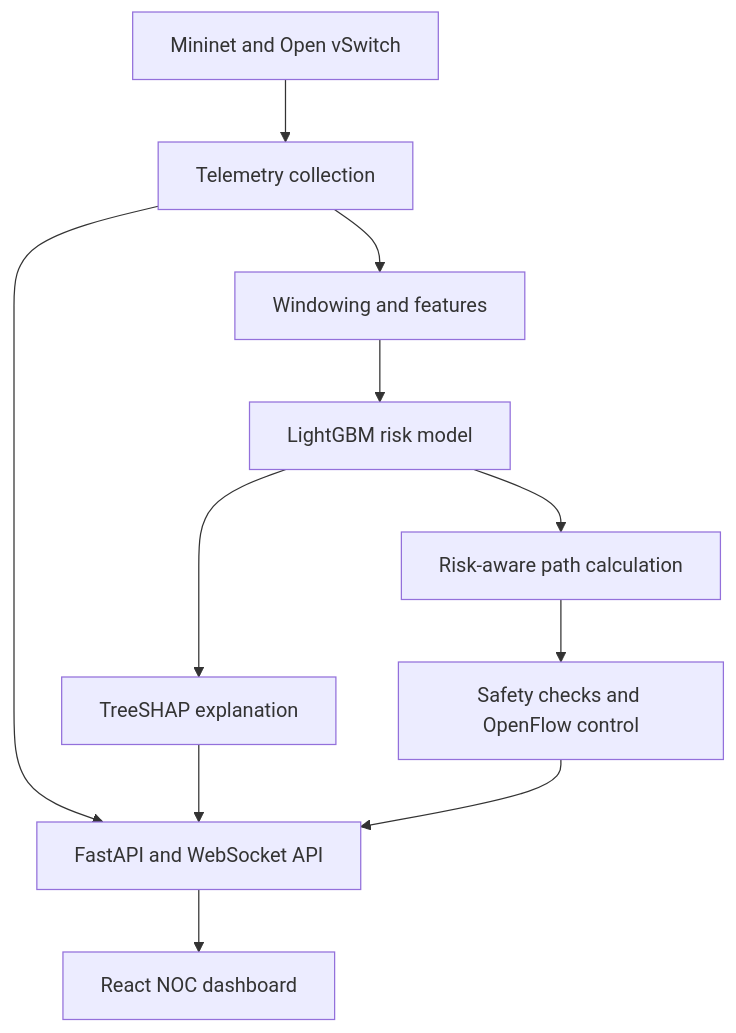
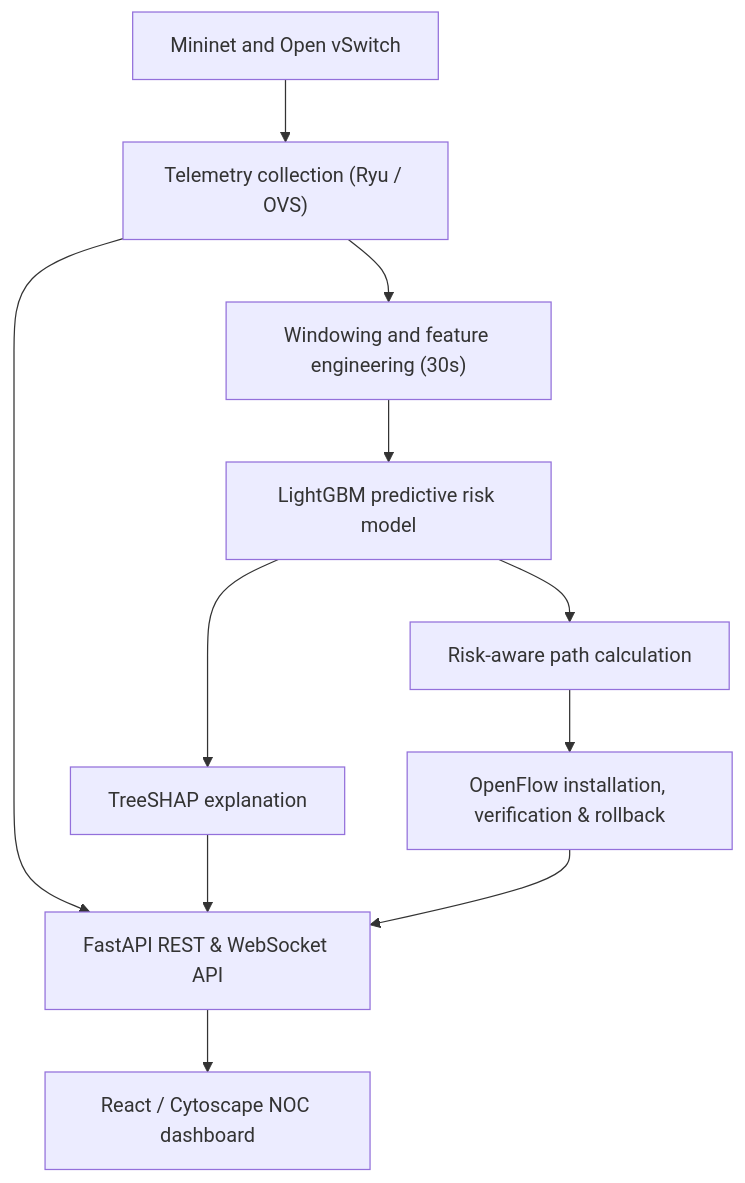
One commit to anushka06onu/ResiliNet changed the diagram in README.md. Above: the diagram before and after it, drawn with Mermaid. The commit also changed other lines of this file and 1 other file, not shown here.

Commit message:
Update link metrics schemas, link capacity source, and update README structure and documentation

````diff
--- a/README.md
+++ b/README.md
@@ -32,13 +32,13 @@
 ```mermaid
 flowchart TD
-    A["Mininet and Open vSwitch"] --> B["Telemetry collection"]
-    B --> C["Windowing and features"]
-    C --> D["LightGBM risk model"]
+    A["Mininet and Open vSwitch"] --> B["Telemetry collection (Ryu / OVS)"]
+    B --> C["Windowing and feature engineering (30s)"]
+    C --> D["LightGBM predictive risk model"]
     D --> E["TreeSHAP explanation"]
     D --> F["Risk-aware path calculation"]
-    F --> G["Safety checks and OpenFlow control"]
-    B --> H["FastAPI and WebSocket API"]
+    F --> G["OpenFlow installation, verification & rollback"]
+    B --> H["FastAPI REST & WebSocket API"]
     E --> H
     G --> H
-    H --> I["React NOC dashboard"]
+    H --> I["React / Cytoscape NOC dashboard"]
 ```
````
